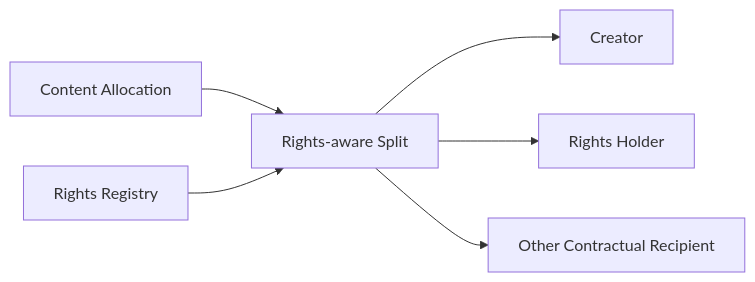
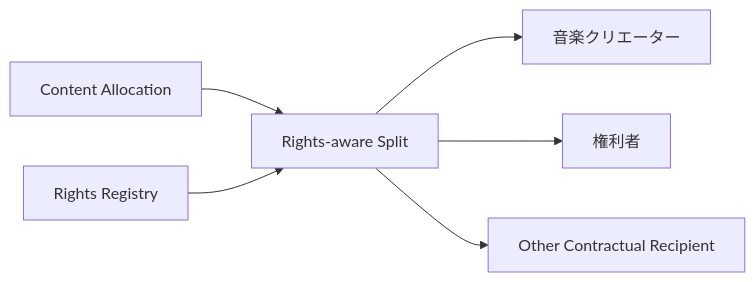
The third of 5 diagrams in docs/adr/ADR-0004-creator-distribution-model.md (ShigeichiroYamasaki/creator-first-platform), drawn with Mermaid before and after one commit. The commit also changed other lines of this file and 67 other files, not shown here.

````diff
--- a/docs/adr/ADR-0004-creator-distribution-model.md
+++ b/docs/adr/ADR-0004-creator-distribution-model.md
@@ -288,15 +288,15 @@
 ```mermaid
 flowchart LR
     AMOUNT[Content Allocation]
     RIGHTS[Rights Registry]
     SPLIT[Rights-aware Split]
-    A[Creator]
-    B[Rights Holder]
+    A[音楽クリエーター]
+    B[権利者]
     C[Other Contractual Recipient]
 
     AMOUNT --> SPLIT
     RIGHTS --> SPLIT
     SPLIT --> A
     SPLIT --> B
     SPLIT --> C
 ```
````
